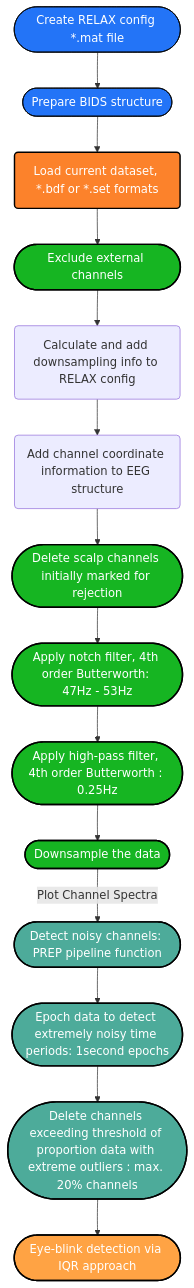
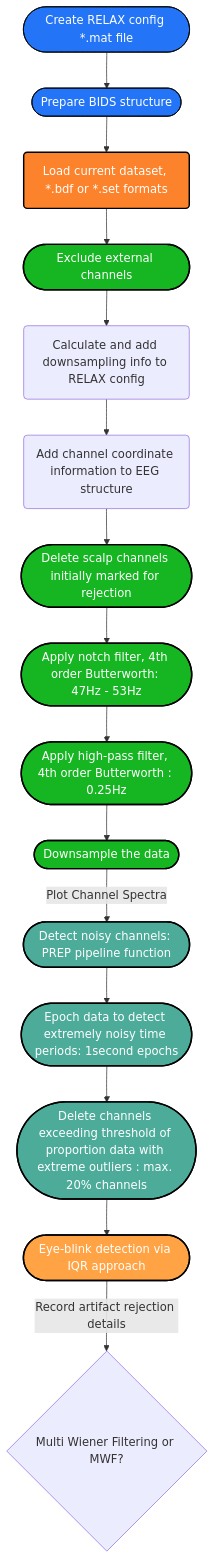
Before and after one commit to deebeebolger/Project_CeLaVie: the diagram in Pipeline_Datafow_Chart.md, drawn with Mermaid.

````diff
--- a/Pipeline_Datafow_Chart.md
+++ b/Pipeline_Datafow_Chart.md
@@ -1,39 +1,40 @@
 ```mermaid
 flowchart TD
 %% Colors %%
 
 classDef blue fill:#2374f7, stroke:#000, stroke-width: px, color:#fff
 classDef orange fill:#fc822b,stroke:#000,stroke-width:2px,color:#fff
 classDef green fill:#16b522,stroke:#000,stroke-width:2px,color:#fff
 classDef mintgreen fill:#4DAB9A,stroke:#000,stroke-width:2px,color:#fff
 classDef mandarine fill:#FFA344,stroke:#000,stroke-width:2px,color:#fff
 classDef aubergine fill:#9A6DD7,stroke:#000,stroke-width:2px,color:#fff
 classDef red fill:#D44C47,stroke:#000,stroke-width:2px,color:#fff
 classDef grey fill:#979A9B,stroke:#000,stroke-width:2px,color:#fff
 
 
 Config([Create RELAX config *.mat file]):::blue -->
 BIDS([Prepare BIDS structure]):::blue
 click Config "https://github.com/deebeebolger/Project_CeLaVie/blob/main/DataflowChart_pages/Create_RELAX_conf_file.md" "Link"
 click BIDS "https://github.com/deebeebolger/Project_CeLaVie/blob/main/DataflowChart_pages/BIDS_structure.md" "Link"
 BIDS --> Ld(Load current dataset, *.bdf or *.set formats):::orange
 --> EXRej([Exclude external channels]):::green
 click EXRej "https://github.com/deebeebolger/Project_CeLaVie/blob/main/DataflowChart_pages/Exclude_external_chans.md" _blank
 EXRej --> AddRS(Calculate and add downsampling info to RELAX config)
 click AddRS "https://github.com/deebeebolger/Project_CeLaVie/blob/main/DataflowChart_pages/Downsampling.md" "Link"
 AddRS --> AddChan(Add channel coordinate information to EEG structure)
 click AddChan "https://github.com/deebeebolger/Project_CeLaVie/blob/main/DataflowChart_pages/Add_Channels_coordinates.md" "Link"
 AddChan --> ScalpRej([Delete scalp channels initially marked for rejection]):::green
 ScalpRej --> Notch([Apply notch filter, 4th order Butterworth: 47Hz - 53Hz]):::green
 Notch --> HPfilt([Apply high-pass filter, 4th order Butterworth : 0.25Hz]):::green
 HPfilt --> RSamp([Downsample the data]):::green
 click Notch "https://github.com/deebeebolger/Project_CeLaVie/blob/main/DataflowChart_pages/Filtering.md" "Link"
 click HPfilt "https://github.com/deebeebolger/Project_CeLaVie/blob/main/DataflowChart_pages/Filtering.md" "Link"
 RSamp -->|Plot Channel Spectra|Prep([Detect noisy channels: PREP pipeline function]):::mintgreen
 Prep --> EpClean([Epoch data to detect extremely noisy time periods: 1second epochs]):::mintgreen
 click Prep "https://github.com/deebeebolger/Project_CeLaVie/blob/main/DataflowChart_pages/BadChannelDetect_PREP.md" "Link"
 click EpClean "https://github.com/deebeebolger/Project_CeLaVie/blob/main/DataflowChart_pages/Bad_ChannelTime_Detect_MAD.md" "Link"
 EpClean --> DelChans([Delete channels exceeding threshold of proportion data with extreme outliers : max. 20% channels]):::mintgreen
 click DelChans "https://github.com/deebeebolger/Project_CeLaVie/blob/main/DataflowChart_pages/Bad_ChannelTime_Detect_MAD.md" "Link"
 DelChans --> Blink([Eye-blink detection via IQR approach]):::mandarine
+Blink -->|Record artifact rejection details|SerArrChoice{Multi Wiener Filtering or MWF?}
 ```
````
